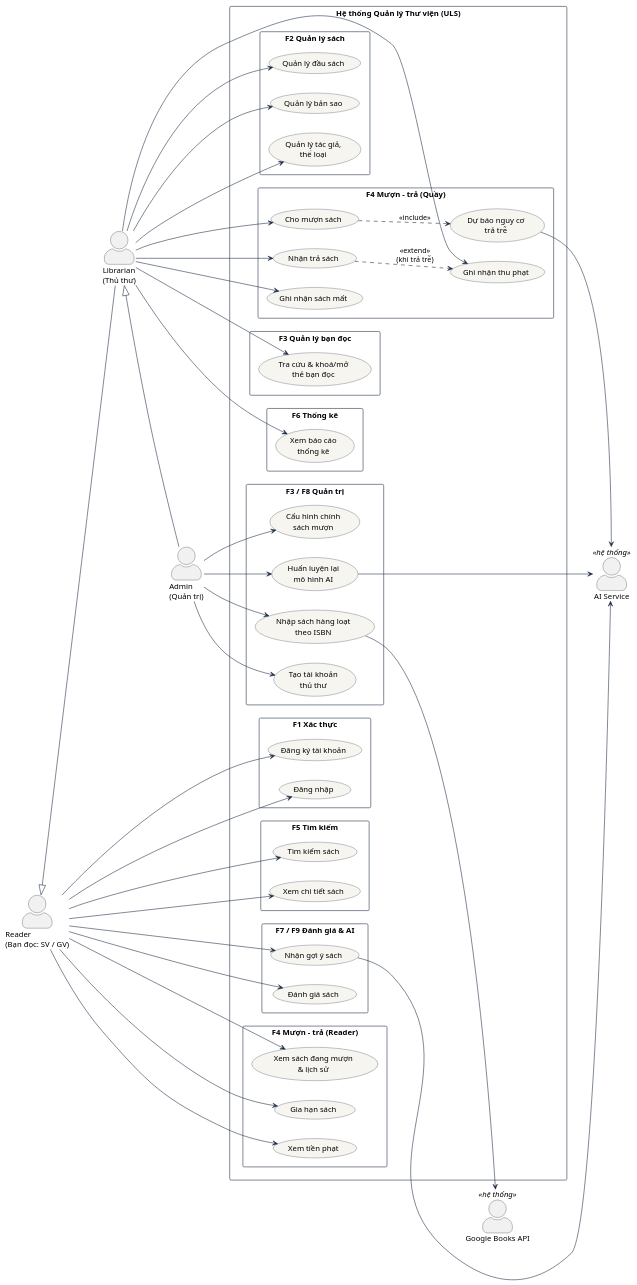
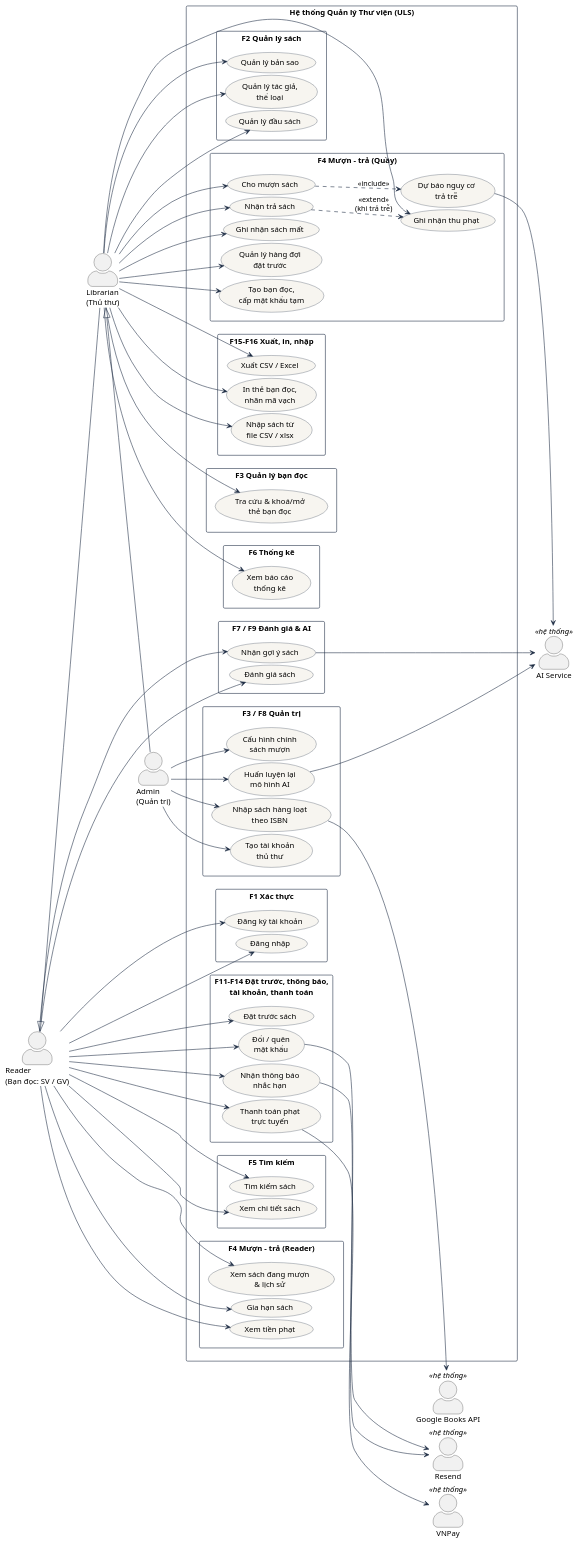
The diagram in docs/uml/use-case-overview.puml (khoidev2001/university-library-system), drawn with PlantUML before and after one commit. The commit also changed 9 other files, not shown here.

Commit message:
docs(uml): thêm sequence đặt trước và thanh toán VNPay, cập nhật kiến trúc, bối cảnh, use case

```diff
--- a/docs/uml/use-case-overview.puml
+++ b/docs/uml/use-case-overview.puml
@@ -1,100 +1,129 @@
 @startuml use-case-overview
 ' Use Case tổng quan: Hệ thống Quản lý Thư viện Trường Đại học (ULS)
 left to right direction
+skinparam nodesep 4
+skinparam ranksep 30
 skinparam packageStyle rectangle
 skinparam actorStyle awesome
 skinparam usecase {
   BackgroundColor #F7F5F0
   BorderColor #1B2A41
   ArrowColor #1B2A41
 }
 skinparam rectangle {
   BackgroundColor #FFFFFF
   BorderColor #1B2A41
 }
 
 actor "Reader\n(Bạn đọc: SV / GV)" as Reader
 actor "Librarian\n(Thủ thư)" as Librarian
 actor "Admin\n(Quản trị)" as Admin
 actor "AI Service" as AI <<hệ thống>>
 actor "Google Books API" as GB <<hệ thống>>
+actor "Resend" as RS <<hệ thống>>
+actor "VNPay" as VN <<hệ thống>>
 
 Librarian -up-|> Reader
 Admin -up-|> Librarian
 
 rectangle "Hệ thống Quản lý Thư viện (ULS)" {
   package "F1 Xác thực" {
     usecase "Đăng ký tài khoản" as UC01
     usecase "Đăng nhập" as UC02
+  }
+  package "F11-F14 Đặt trước, thông báo,\ntài khoản, thanh toán" {
+    usecase "Đặt trước sách" as UC23
+    usecase "Nhận thông báo\nnhắc hạn" as UC24
+    usecase "Đổi / quên\nmật khẩu" as UC25
+    usecase "Thanh toán phạt\ntrực tuyến" as UC26
   }
   package "F5 Tìm kiếm" {
     usecase "Tìm kiếm sách" as UC05
     usecase "Xem chi tiết sách" as UC06
   }
   package "F4 Mượn – trả (Reader)" {
     usecase "Xem sách đang mượn\n& lịch sử" as UC10
     usecase "Gia hạn sách" as UC09
     usecase "Xem tiền phạt" as UC12a
   }
   package "F7 / F9 Đánh giá & AI" {
     usecase "Đánh giá sách" as UC17
     usecase "Nhận gợi ý sách" as UC18
   }
   package "F2 Quản lý sách" {
     usecase "Quản lý đầu sách" as UC03
     usecase "Quản lý bản sao" as UC04
     usecase "Quản lý tác giả,\nthể loại" as UC20
   }
   package "F4 Mượn – trả (Quầy)" {
     usecase "Cho mượn sách" as UC07
     usecase "Nhận trả sách" as UC08
     usecase "Ghi nhận sách mất" as UC11
     usecase "Ghi nhận thu phạt" as UC12b
     usecase "Dự báo nguy cơ\ntrả trễ" as UC19
+    usecase "Quản lý hàng đợi\nđặt trước" as UC27
+    usecase "Tạo bạn đọc,\ncấp mật khẩu tạm" as UC28
+  }
+  package "F15-F16 Xuất, in, nhập" {
+    usecase "Xuất CSV / Excel" as UC29
+    usecase "In thẻ bạn đọc,\nnhãn mã vạch" as UC30
+    usecase "Nhập sách từ\nfile CSV / xlsx" as UC31
   }
   package "F3 Quản lý bạn đọc" {
     usecase "Tra cứu & khoá/mở\nthẻ bạn đọc" as UC13
   }
   package "F6 Thống kê" {
     usecase "Xem báo cáo\nthống kê" as UC16
   }
   package "F3 / F8 Quản trị" {
     usecase "Tạo tài khoản\nthủ thư" as UC14
     usecase "Cấu hình chính\nsách mượn" as UC15
     usecase "Huấn luyện lại\nmô hình AI" as UC21
     usecase "Nhập sách hàng loạt\ntheo ISBN" as UC22
   }
 }
 
 Reader --> UC01
 Reader --> UC02
 Reader --> UC05
 Reader --> UC06
 Reader --> UC10
 Reader --> UC09
 Reader --> UC12a
 Reader --> UC17
 Reader --> UC18
+Reader --> UC23
+Reader --> UC24
+Reader --> UC25
+Reader --> UC26
 
 Librarian --> UC03
 Librarian --> UC04
 Librarian --> UC20
 Librarian --> UC07
 Librarian --> UC08
 Librarian --> UC11
 Librarian --> UC12b
 Librarian --> UC13
 Librarian --> UC16
+Librarian --> UC27
+Librarian --> UC28
+Librarian --> UC29
+Librarian --> UC30
+Librarian --> UC31
 
 Admin --> UC14
 Admin --> UC15
 Admin --> UC21
 Admin --> UC22
 
 UC07 ..> UC19 : <<include>>
 UC08 ..> UC12b : <<extend>>\n(khi trả trễ)
 UC19 --> AI
 UC18 --> AI
 UC21 --> AI
 UC22 --> GB
+UC25 --> RS
+UC24 --> RS
+UC26 --> VN
 @enduml
```
